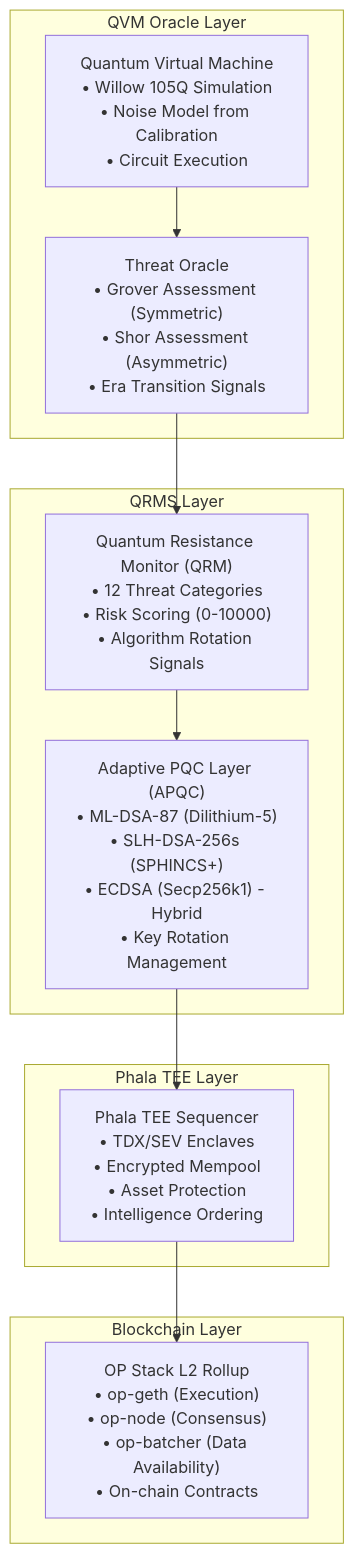
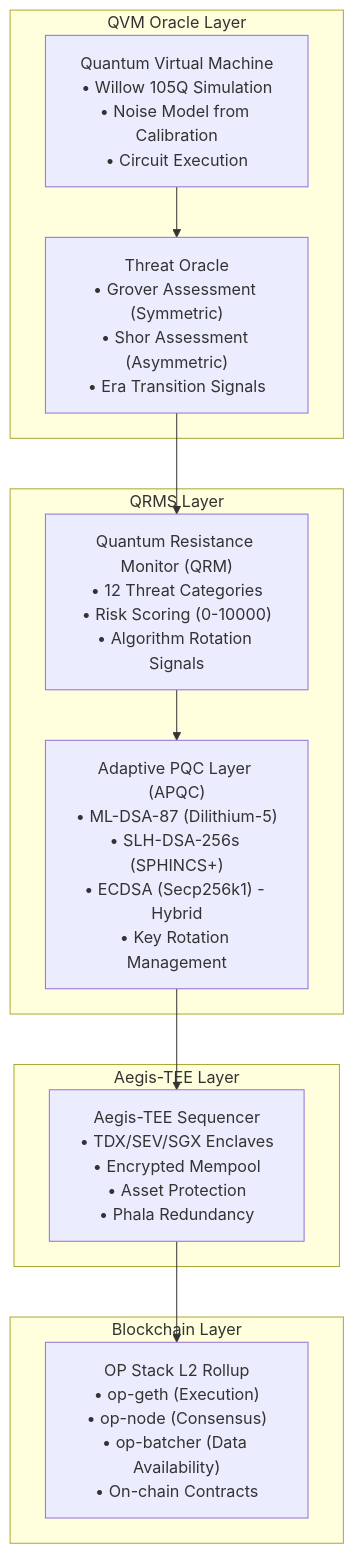
One commit to Halo-Labs-xyz/qAegis changed the diagram in docs/architecture/README.md. Above: the diagram before and after it, drawn with Mermaid. The commit also changed other lines of this file and 26 other files, not shown here.

````diff
--- a/docs/architecture/README.md
+++ b/docs/architecture/README.md
@@ -67,25 +68,25 @@
 ```mermaid
 graph TB
     subgraph QVMLayer["QVM Oracle Layer"]
         QVM["Quantum Virtual Machine<br/>• Willow 105Q Simulation<br/>• Noise Model from Calibration<br/>• Circuit Execution"]
         ORACLE["Threat Oracle<br/>• Grover Assessment (Symmetric)<br/>• Shor Assessment (Asymmetric)<br/>• Era Transition Signals"]
         QVM --> ORACLE
     end
     
     subgraph QRMSLayer["QRMS Layer"]
         QRM["Quantum Resistance Monitor (QRM)<br/>• 12 Threat Categories<br/>• Risk Scoring (0-10000)<br/>• Algorithm Rotation Signals"]
         APQC["Adaptive PQC Layer (APQC)<br/>• ML-DSA-87 (Dilithium-5)<br/>• SLH-DSA-256s (SPHINCS+)<br/>• ECDSA (Secp256k1) - Hybrid<br/>• Key Rotation Management"]
         ORACLE --> QRM
         QRM --> APQC
     end
     
-    subgraph TEELayer["Phala TEE Layer"]
-        TEE["Phala TEE Sequencer<br/>• TDX/SEV Enclaves<br/>• Encrypted Mempool<br/>• Asset Protection<br/>• Intelligence Ordering"]
+    subgraph TEELayer["Aegis-TEE Layer"]
+        TEE["Aegis-TEE Sequencer<br/>• TDX/SEV/SGX Enclaves<br/>• Encrypted Mempool<br/>• Asset Protection<br/>• Phala Redundancy"]
         APQC --> TEE
     end
     
     subgraph ChainLayer["Blockchain Layer"]
         L2["OP Stack L2 Rollup<br/>• op-geth (Execution)<br/>• op-node (Consensus)<br/>• op-batcher (Data Availability)<br/>• On-chain Contracts"]
         TEE --> L2
     end
 ```
````
